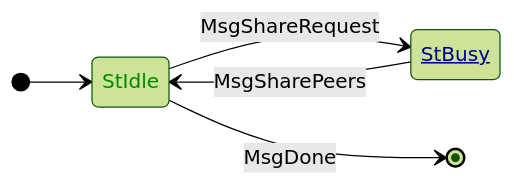
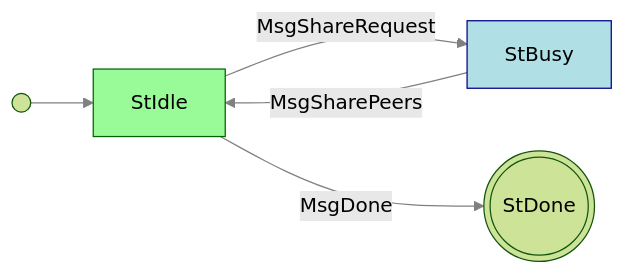
The diagram in src/network/node-to-node/peer-sharing/README.md (rkuhn/cardano-blueprint), drawn with Mermaid (forest theme) before and after one commit. The commit also changed other lines of this file and 10 other files, not shown here.

````diff
--- a/src/network/node-to-node/peer-sharing/README.md
+++ b/src/network/node-to-node/peer-sharing/README.md
@@ -36,13 +36,16 @@
 ```mermaid
-stateDiagram
-    direction LR
-    [*] --> StIdle
-    StIdle --> StBusy: MsgShareRequest
-    StBusy --> StIdle: MsgSharePeers
-    StIdle --> [*]: MsgDone
+graph LR
+    classDef client color:black,fill:PaleGreen,stroke:DarkGreen;
+    classDef server color:black,fill:PowderBlue,stroke:DarkBlue;
+    linkStyle default stroke:gray
 
-    classDef initiator color:#080
-    classDef responder color:#008, text-decoration: underline
-    class StIdle initiator
-    class StBusy responder
+    StDone(((StDone)))
+
+    i(( )) --> StIdle
+    StIdle --MsgShareRequest--> StBusy
+    StBusy --MsgSharePeers--> StIdle
+    StIdle --MsgDone--> StDone
+
+    class StIdle client
+    class StBusy server
 ```
````
